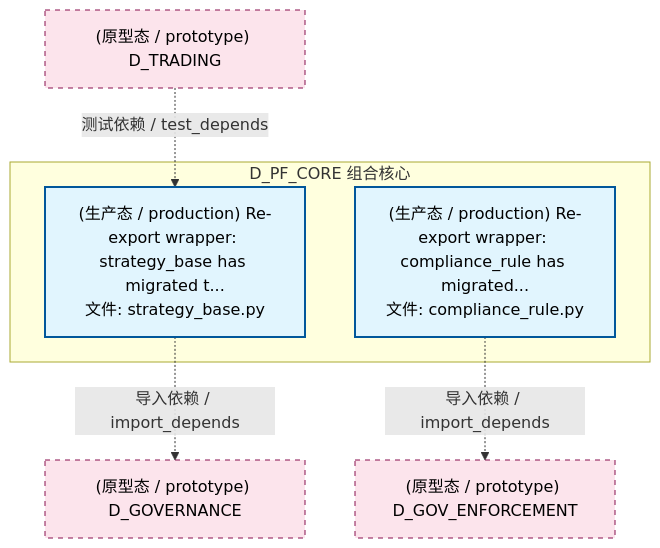
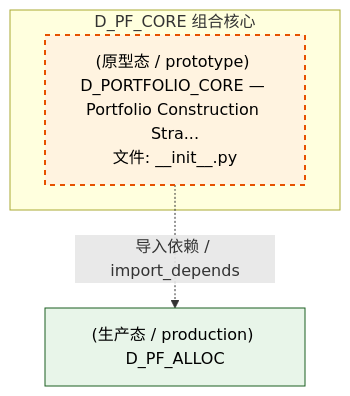
The first of 3 diagrams in docs/02_enterprise_architecture/02_domain_architecture_docs/52_d_pf_core.md (xuanFelixVan/ZephyrAlpha), drawn with Mermaid before and after one commit. The commit also changed other lines of this file and 126 other files, not shown here.

````diff
--- a/docs/02_enterprise_architecture/02_domain_architecture_docs/52_d_pf_core.md
+++ b/docs/02_enterprise_architecture/02_domain_architecture_docs/52_d_pf_core.md
@@ -113,19 +63,14 @@
 ```mermaid
 graph TD
     subgraph D_PF_CORE["D_PF_CORE 组合核心"]
-        src_zephyr_pf_core_compliance_rule_py["(生产态 / production) Re-export wrapper: compliance_rule has migrated...<br/>文件: compliance_rule.py"]
-        src_zephyr_pf_core_strategy_base_py["(生产态 / production) Re-export wrapper: strategy_base has migrated t...<br/>文件: strategy_base.py"]
+        src_zephyr_pf_core_strategy_engine_init_py["(原型态 / prototype) D_PORTFOLIO_CORE — Portfolio Construction Stra...<br/>文件: __init__.py"]
     end
-    D_GOV_ENFORCEMENT["(原型态 / prototype) D_GOV_ENFORCEMENT"]
-    src_zephyr_pf_core_compliance_rule_py -.->|导入依赖 / import_depends| D_GOV_ENFORCEMENT
-    D_GOVERNANCE["(原型态 / prototype) D_GOVERNANCE"]
-    src_zephyr_pf_core_strategy_base_py -.->|导入依赖 / import_depends| D_GOVERNANCE
-    D_TRADING["(原型态 / prototype) D_TRADING"]
-    D_TRADING -.->|测试依赖 / test_depends| src_zephyr_pf_core_strategy_base_py
+    D_PF_ALLOC["(生产态 / production) D_PF_ALLOC"]
+    src_zephyr_pf_core_strategy_engine_init_py -.->|导入依赖 / import_depends| D_PF_ALLOC
     classDef production fill:#e1f5fe,stroke:#01579b,stroke-width:2px,color:#000
     classDef design fill:#fff3e0,stroke:#e65100,stroke-width:2px,color:#000,stroke-dasharray: 5 5
     classDef external_prod fill:#e8f5e9,stroke:#1b5e20,stroke-width:1px,color:#000
     classDef external_design fill:#fce4ec,stroke:#880e4f,stroke-width:1px,color:#000,stroke-dasharray: 5 5
-    class src_zephyr_pf_core_compliance_rule_py,src_zephyr_pf_core_strategy_base_py production
-    class D_GOV_ENFORCEMENT,D_GOVERNANCE,D_TRADING external_design
+    class src_zephyr_pf_core_strategy_engine_init_py design
+    class D_PF_ALLOC external_prod
 ```
````
